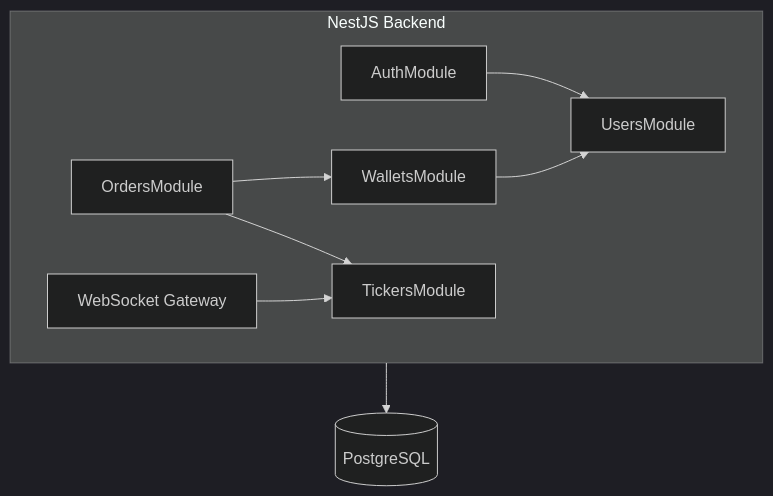
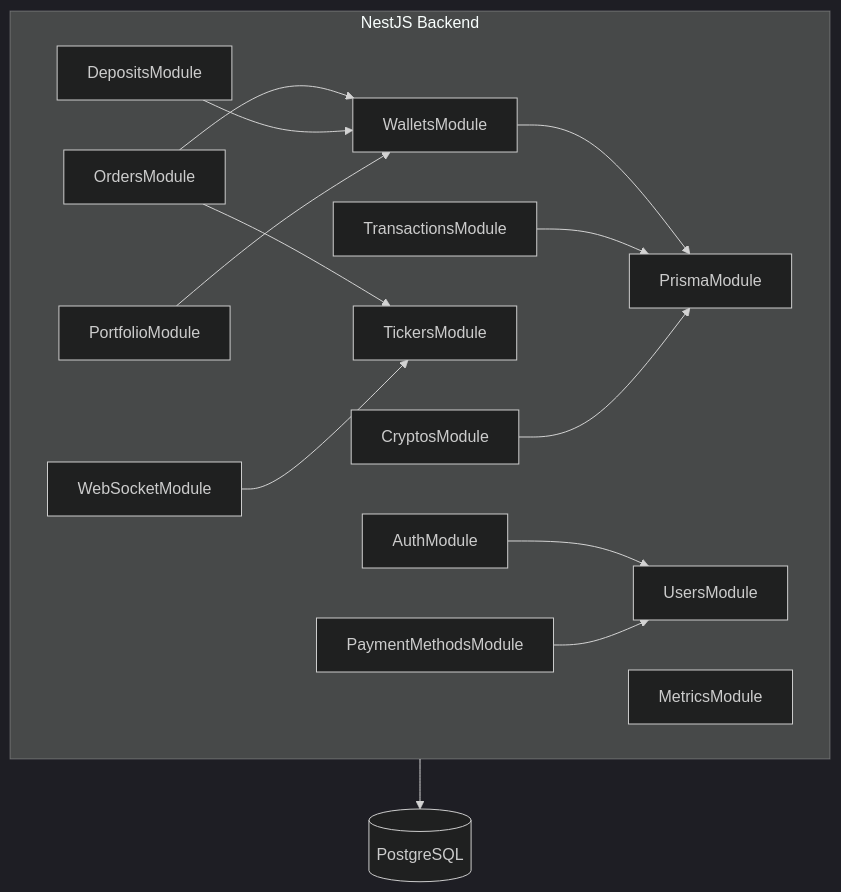
The first of 2 diagrams in ARCHITECTURE.md (mmizin/CryptoSandboxQA), drawn with Mermaid (dark theme) before and after one commit. The commit also changed other lines of this file and 1 other file, not shown here.

Commit message:
Update architecture documentation to reflect recent changes in repository layout, tech stack, and backend modules. Added detailed descriptions of feature modules and updated database structure information. Ensure alignment with project conventions for documentation maintenance. (#43)

````diff
--- a/ARCHITECTURE.md
+++ b/ARCHITECTURE.md
@@ -18,18 +35,30 @@
 ```mermaid
 flowchart TB
-    subgraph nestjs [NestJS Backend]
+    subgraph nest [NestJS Backend]
+        PrismaModule[PrismaModule]
         AuthModule[AuthModule]
         UsersModule[UsersModule]
         WalletsModule[WalletsModule]
         OrdersModule[OrdersModule]
         TickersModule[TickersModule]
-        WebSocketModule[WebSocket Gateway]
+        CryptosModule[CryptosModule]
+        WebSocketModule[WebSocketModule]
+        DepositsModule[DepositsModule]
+        PaymentMethodsModule[PaymentMethodsModule]
+        PortfolioModule[PortfolioModule]
+        TransactionsModule[TransactionsModule]
+        MetricsModule[MetricsModule]
     end
-    
+
     AuthModule --> UsersModule
-    WalletsModule --> UsersModule
+    WalletsModule --> PrismaModule
     OrdersModule --> WalletsModule
     OrdersModule --> TickersModule
+    DepositsModule --> WalletsModule
+    PaymentMethodsModule --> UsersModule
+    PortfolioModule --> WalletsModule
+    TransactionsModule --> PrismaModule
     WebSocketModule --> TickersModule
-    nestjs --> PostgreSQL[(PostgreSQL)]
+    CryptosModule --> PrismaModule
+    nest --> PostgreSQL[(PostgreSQL)]
 ```
````
